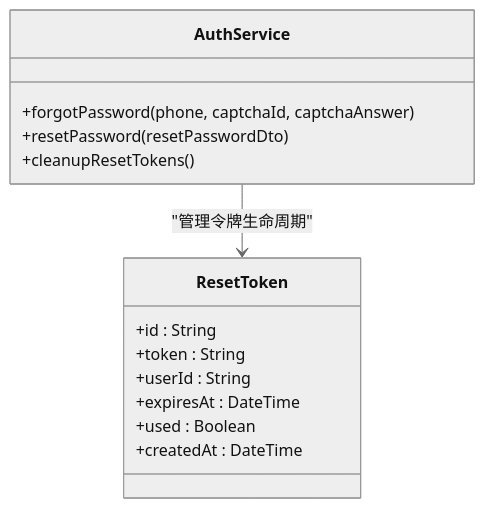
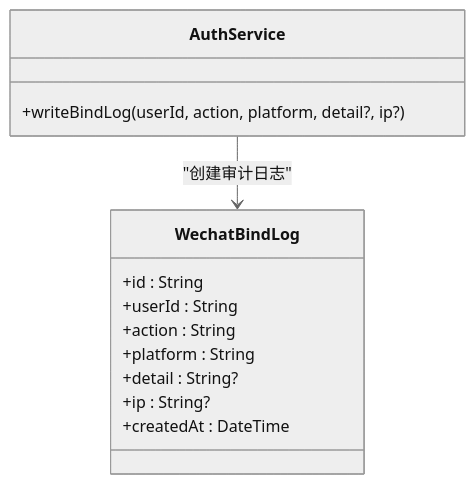
One commit to lsqwawa/free-dress changed diagram 12 of 15 in .qoder/repowiki/zh/content/后端开发指南/核心模块详解/认证模块.md. Above: the diagram before and after it, drawn with Mermaid (neutral theme). The commit also changed other lines of this file and 71 other files, not shown here.

````diff
--- a/.qoder/repowiki/zh/content/后端开发指南/核心模块详解/认证模块.md
+++ b/.qoder/repowiki/zh/content/后端开发指南/核心模块详解/认证模块.md
@@ -424,17 +547,16 @@
 ```mermaid
 classDiagram
-class ResetToken {
+class WechatBindLog {
 +id : String
-+token : String
 +userId : String
-+expiresAt : DateTime
-+used : Boolean
++action : String
++platform : String
++detail : String?
++ip : String?
 +createdAt : DateTime
 }
 class AuthService {
-+forgotPassword(phone, captchaId, captchaAnswer)
-+resetPassword(resetPasswordDto)
-+cleanupResetTokens()
++writeBindLog(userId, action, platform, detail?, ip?)
 }
-AuthService --> ResetToken : "管理令牌生命周期"
+AuthService --> WechatBindLog : "创建审计日志"
 ```
````
